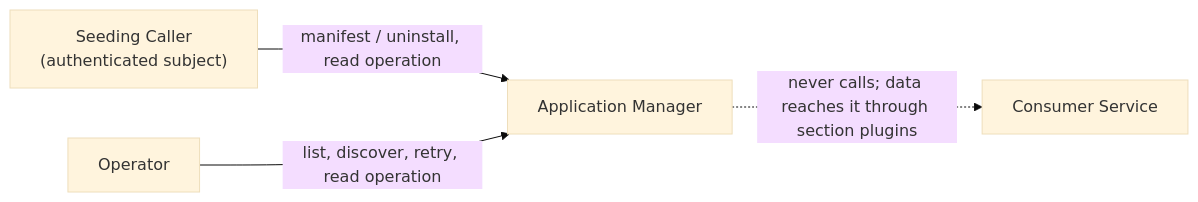
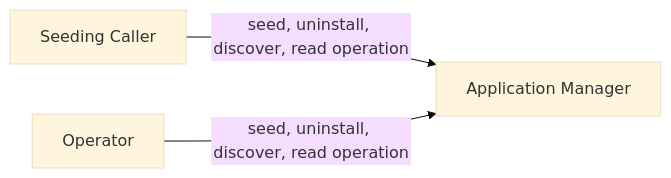
Before and after one commit to constructorfabric/gears-rust: the first of 2 diagrams in gears/system/application-manager/docs/PRD.md, drawn with Mermaid (base theme). The commit also changed other lines of this file and 8 other files, not shown here.

````diff
--- a/gears/system/application-manager/docs/PRD.md
+++ b/gears/system/application-manager/docs/PRD.md
@@ -201,6 +152,5 @@
 ```mermaid
 flowchart LR
-    SC["Seeding Caller<br/>(authenticated subject)"] -->|"manifest / uninstall, read operation"| AM["Application Manager"]
-    OP["Operator"] -->|"list, discover, retry, read operation"| AM
-    AM -.->|"never calls; data reaches it through section plugins"| CS["Consumer Service"]
+    SC["Seeding Caller"] -->|"seed, uninstall, discover, read operation"| AM["Application Manager"]
+    OP["Operator"] -->|"seed, uninstall, discover, read operation"| AM
 ```
````
